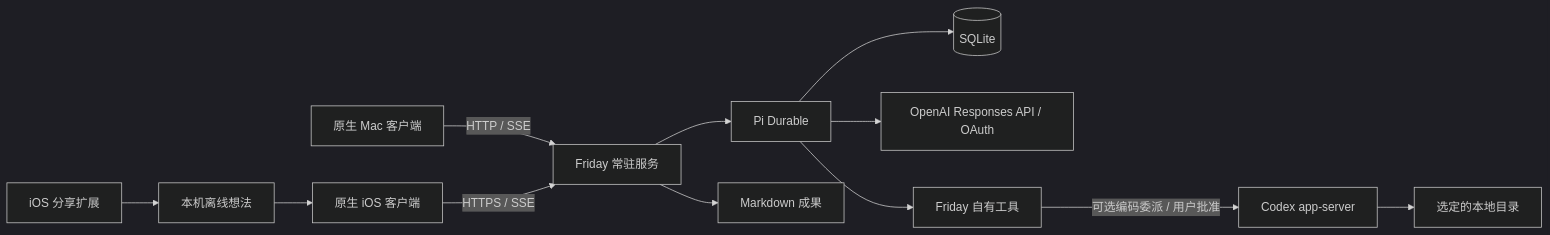
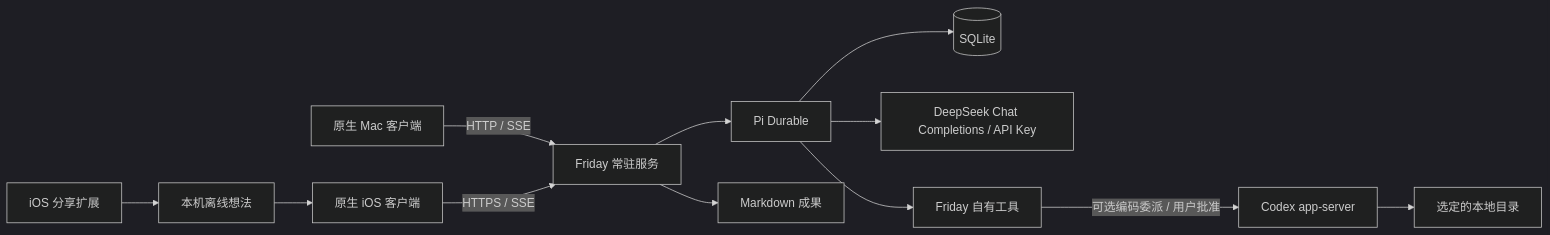
The diagram in docs/architecture.md (linc77/friday), drawn with Mermaid (dark theme) before and after one commit. The commit also changed other lines of this file and 12 other files, not shown here.

Commit message:
Switch Friday's native model connection to DeepSeek API

````diff
--- a/docs/architecture.md
+++ b/docs/architecture.md
@@ -3,14 +3,14 @@
 ```mermaid
 flowchart LR
     Mac[原生 Mac 客户端] -->|HTTP / SSE| Service[Friday 常驻服务]
     iPhone[原生 iOS 客户端] -->|HTTPS / SSE| Service
     Share[iOS 分享扩展] --> Outbox[本机离线想法]
     Outbox --> iPhone
     Service --> Durable[Pi Durable]
     Durable --> DB[(SQLite)]
-    Durable --> Model[OpenAI Responses API / OAuth]
+    Durable --> Model[DeepSeek Chat Completions / API Key]
     Durable --> Tools[Friday 自有工具]
     Tools -->|可选编码委派 / 用户批准| Codex[Codex app-server]
     Codex --> Workspace[选定的本地目录]
     Service --> Artifacts[Markdown 成果]
 ```
````
